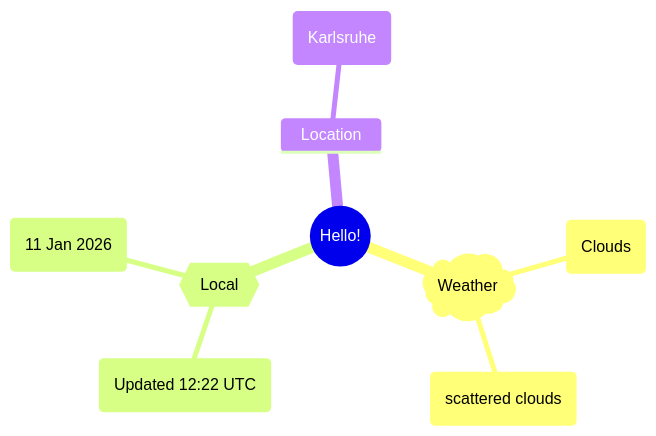
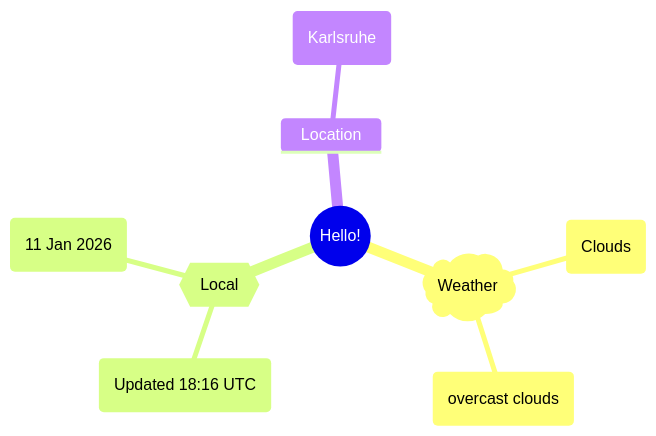
The first of 2 diagrams in README.md (Xosrov/Xosrov), drawn with Mermaid before and after one commit.

Commit message:
[bot] updated images

````diff
--- a/README.md
+++ b/README.md
@@ -3,12 +3,12 @@
 ```mermaid
 mindmap
   root((Hello!))
     )Weather(
         (Clouds)
-        (scattered clouds)
+        (overcast clouds)
     {{Local}}
-        (Updated 12:22 UTC)
+        (Updated 18:16 UTC)
         (11 Jan 2026)
     Location
         (Karlsruhe)
 ```
````
